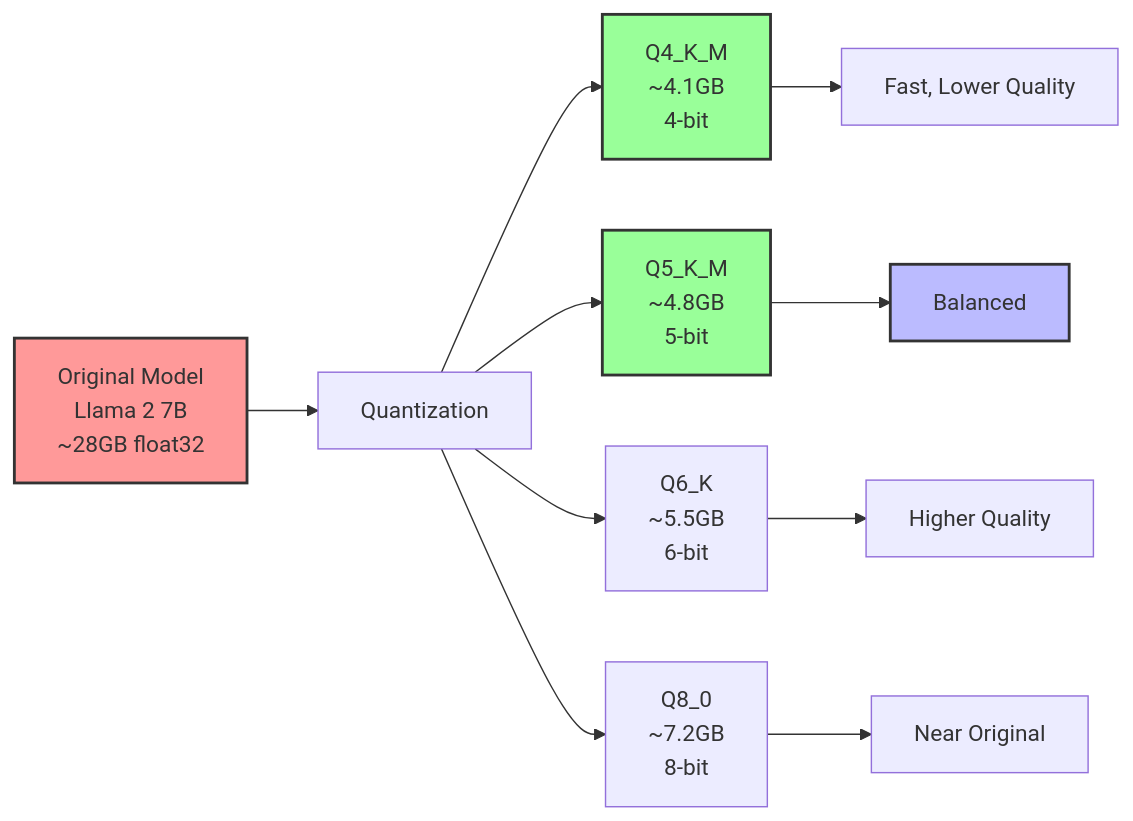
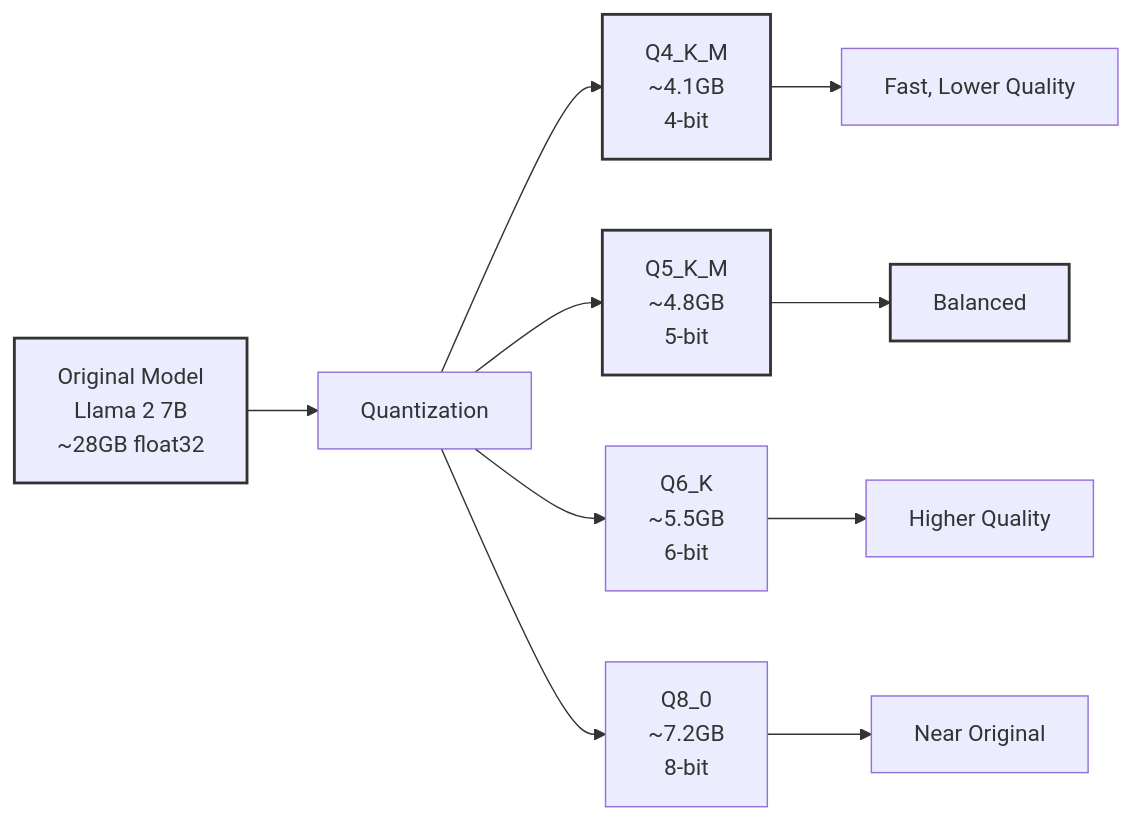
The second of 2 diagrams in Mostlylucid/Markdown/building-a-lawyer-gpt-for-your-blog-part6.md (Shaddix/mostlylucidweb), drawn with Mermaid before and after one commit. The commit also changed other lines of this file and 7 other files, not shown here.

First line of the commit message:
Update Mermaid diagrams in Lawyer GPT series for dark mode compatibility

````diff
--- a/Mostlylucid/Markdown/building-a-lawyer-gpt-for-your-blog-part6.md
+++ b/Mostlylucid/Markdown/building-a-lawyer-gpt-for-your-blog-part6.md
@@ -79,19 +81,22 @@
 ```mermaid
 graph LR
     A[Original Model<br/>Llama 2 7B<br/>~28GB float32] --> B[Quantization]
 
     B --> C[Q4_K_M<br/>~4.1GB<br/>4-bit]
     B --> D[Q5_K_M<br/>~4.8GB<br/>5-bit]
     B --> E[Q6_K<br/>~5.5GB<br/>6-bit]
     B --> F[Q8_0<br/>~7.2GB<br/>8-bit]
 
     C --> G[Fast, Lower Quality]
     D --> H[Balanced]
     E --> I[Higher Quality]
     F --> J[Near Original]
 
-    style A fill:#f99,stroke:#333,stroke-width:2px
-    style C fill:#9f9,stroke:#333,stroke-width:2px
-    style D fill:#9f9,stroke:#333,stroke-width:2px
-    style H fill:#bbf,stroke:#333,stroke-width:2px
+    class A original
+    class C,D quantized
+    class H recommended
+
+    classDef original stroke:#333,stroke-width:2px
+    classDef quantized stroke:#333,stroke-width:2px
+    classDef recommended stroke:#333,stroke-width:2px
 ```
````
